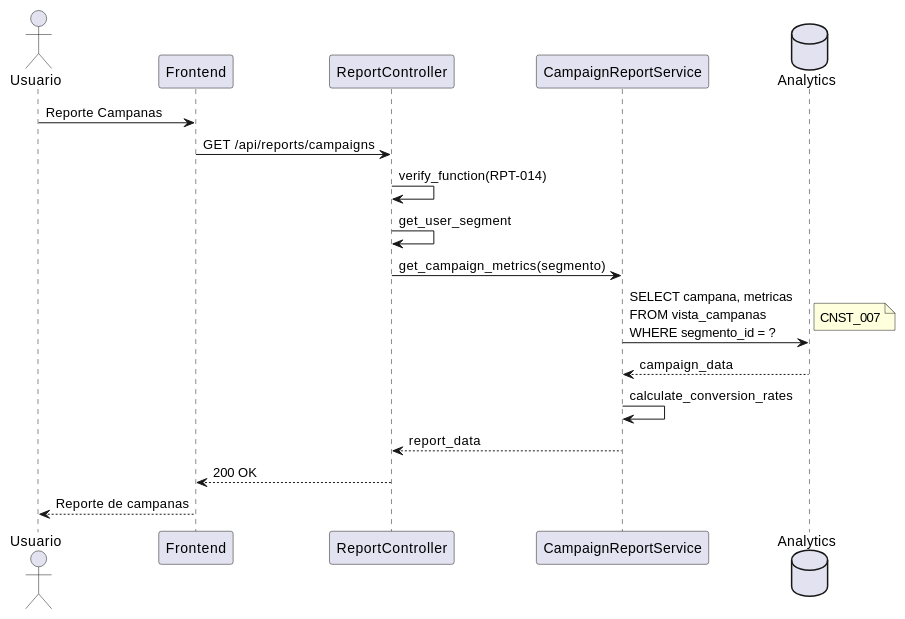
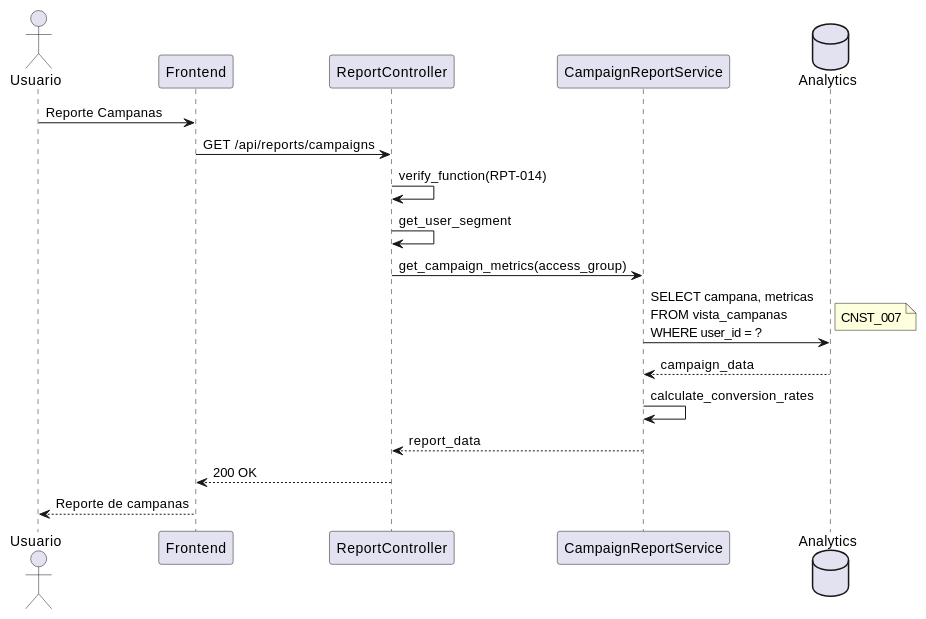
Before and after one commit to jcg-admin/IACT-docs: the second of 3 diagrams in source/requisitos/casos-uso/reports/uc-rpt-14-ver-reporte-campanas.rst, drawn with PlantUML. The commit also changed other lines of this file and 14 other files, not shown here.

```diff
--- a/source/requisitos/casos-uso/reports/uc-rpt-14-ver-reporte-campanas.rst
+++ b/source/requisitos/casos-uso/reports/uc-rpt-14-ver-reporte-campanas.rst
@@ -140,23 +140,23 @@
 .. uml::
  :caption: Diagrama de Secuencia - UC_RPT_14
 
  @startuml
  actor "Usuario" as U
  participant "Frontend" as FE
  participant "ReportController" as RC
  participant "CampaignReportService" as CRS
  database "Analytics" as DB
 
  U -> FE: Reporte Campanas
  FE -> RC: GET /api/reports/campaigns
  RC -> RC: verify_function(RPT-014)
  RC -> RC: get_user_segment
- RC -> CRS: get_campaign_metrics(segmento)
- CRS -> DB: SELECT campana, metricas\nFROM vista_campanas\nWHERE segmento_id = ?
+ RC -> CRS: get_campaign_metrics(access_group)
+ CRS -> DB: SELECT campana, metricas\nFROM vista_campanas\nWHERE user_id = ?
  note right: CNST_007
  DB --> CRS: campaign_data
  CRS -> CRS: calculate_conversion_rates
  CRS --> RC: report_data
  RC --> FE: 200 OK
  FE --> U: Reporte de campanas
  @enduml
```
